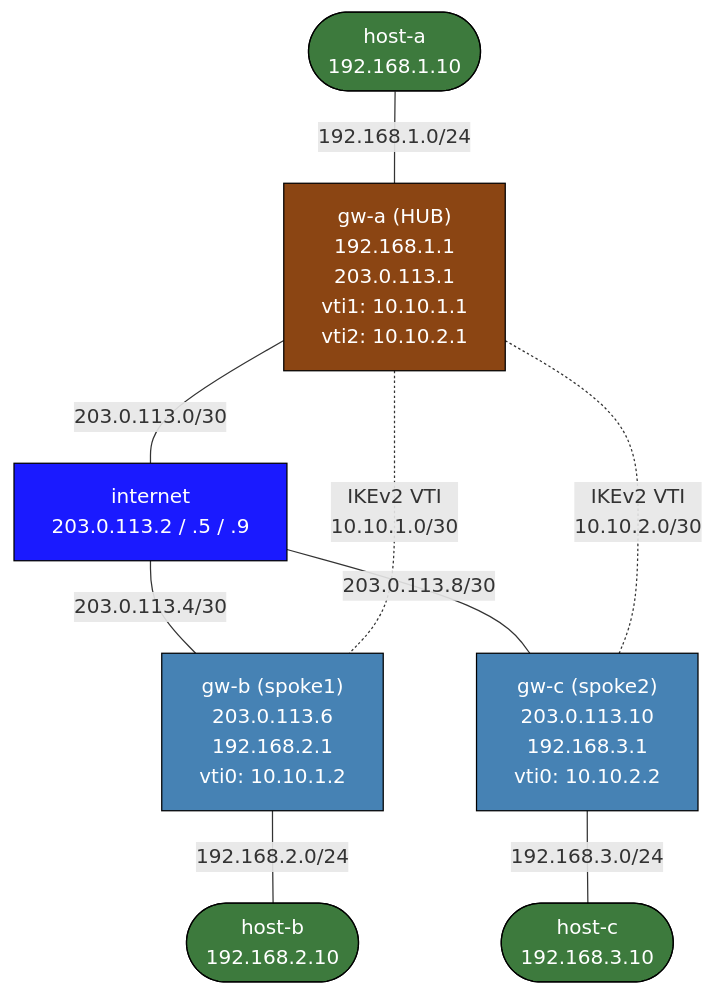
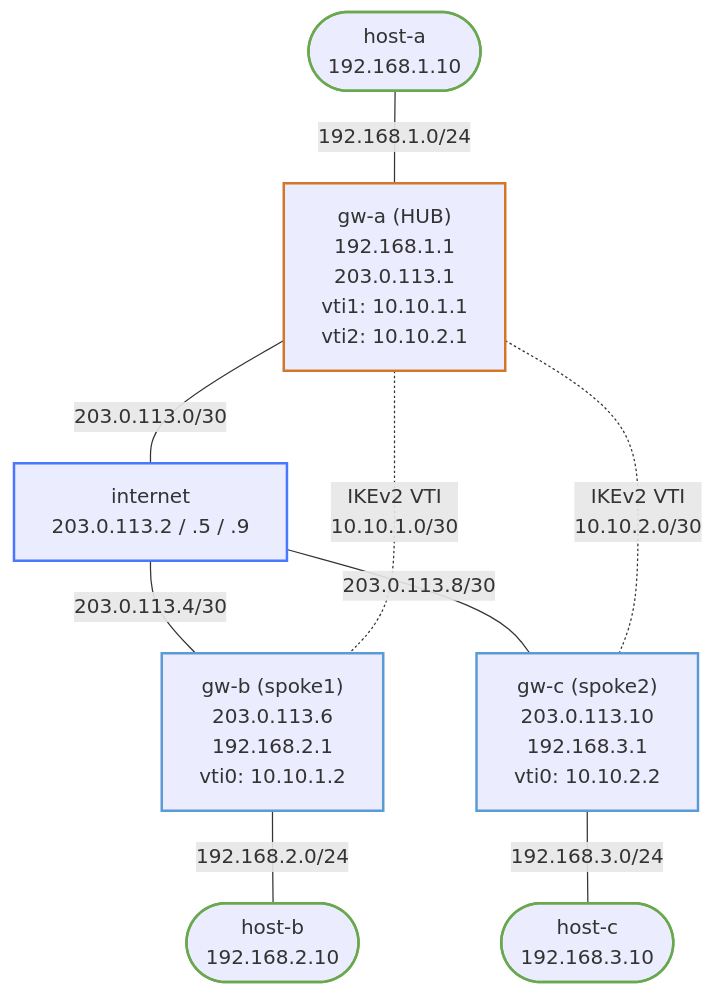
One commit to jschless/networkingLabs changed the diagram in labs/flexvpn-basics/README.md. Above: the diagram before and after it, drawn with Mermaid. The commit also changed 250 other files, not shown here.

Commit message:
Fix unreadable topology diagrams, convert ASCII art, publish assessments (#57)

````diff
--- a/labs/flexvpn-basics/README.md
+++ b/labs/flexvpn-basics/README.md
@@ -40,29 +40,29 @@
 ```mermaid
 flowchart TB
-    ha(["host-a\n192.168.1.10"])
-    gwa["gw-a (HUB)\n192.168.1.1\n203.0.113.1\nvti1: 10.10.1.1\nvti2: 10.10.2.1"]
-    inet["internet\n203.0.113.2 / .5 / .9"]
-    gwb["gw-b (spoke1)\n203.0.113.6\n192.168.2.1\nvti0: 10.10.1.2"]
-    gwc["gw-c (spoke2)\n203.0.113.10\n192.168.3.1\nvti0: 10.10.2.2"]
-    hb(["host-b\n192.168.2.10"])
-    hc(["host-c\n192.168.3.10"])
+    ha(["host-a<br/>192.168.1.10"])
+    gwa["gw-a (HUB)<br/>192.168.1.1<br/>203.0.113.1<br/>vti1: 10.10.1.1<br/>vti2: 10.10.2.1"]
+    inet["internet<br/>203.0.113.2 / .5 / .9"]
+    gwb["gw-b (spoke1)<br/>203.0.113.6<br/>192.168.2.1<br/>vti0: 10.10.1.2"]
+    gwc["gw-c (spoke2)<br/>203.0.113.10<br/>192.168.3.1<br/>vti0: 10.10.2.2"]
+    hb(["host-b<br/>192.168.2.10"])
+    hc(["host-c<br/>192.168.3.10"])
 
     ha -- "192.168.1.0/24" --- gwa
     gwa -- "203.0.113.0/30" --- inet
     inet -- "203.0.113.4/30" --- gwb
     inet -- "203.0.113.8/30" --- gwc
     gwb -- "192.168.2.0/24" --- hb
     gwc -- "192.168.3.0/24" --- hc
 
-    gwa -. "IKEv2 VTI\n10.10.1.0/30" .- gwb
-    gwa -. "IKEv2 VTI\n10.10.2.0/30" .- gwc
+    gwa -. "IKEv2 VTI<br/>10.10.1.0/30" .- gwb
+    gwa -. "IKEv2 VTI<br/>10.10.2.0/30" .- gwc
 
-    classDef hub    fill:#8b4513,color:#fff,stroke:#000
-    classDef spoke  fill:#4682b4,color:#fff,stroke:#000
-    classDef router fill:#1a1aff,color:#fff,stroke:#000
-    classDef host   fill:#3d7a3d,color:#fff,stroke:#000
+    classDef hub stroke:#d2762c,stroke-width:2px
+    classDef spoke stroke:#5b9bd5,stroke-width:2px
+    classDef router stroke:#4778ff,stroke-width:2px
+    classDef host stroke:#6aa84f,stroke-width:2px
     class gwa hub
     class gwb,gwc spoke
     class inet router
     class ha,hb,hc host
 ```
````
